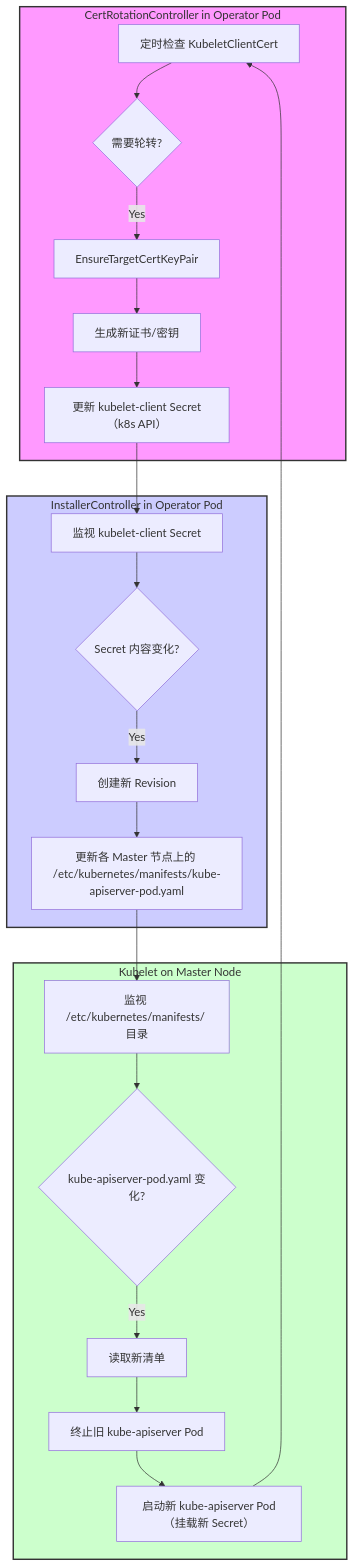
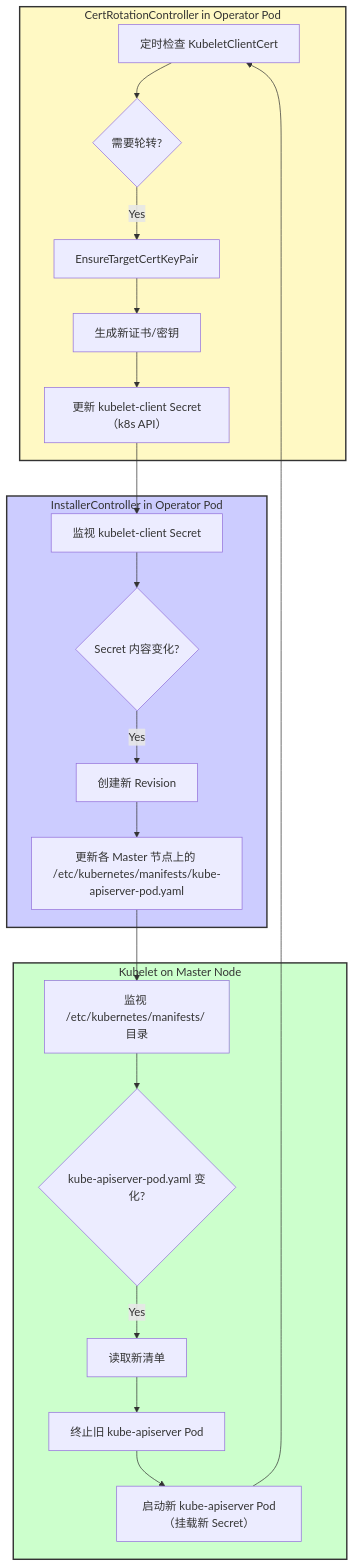
Before and after one commit to wangzheng422/cluster-kube-apiserver-operator: the diagram in wzh.doc/证书更新触发API服务器重启的流程.gemini.md, drawn with Mermaid. The commit also changed other lines of this file and 1 other file, not shown here.

````diff
--- a/wzh.doc/证书更新触发API服务器重启的流程.gemini.md
+++ b/wzh.doc/证书更新触发API服务器重启的流程.gemini.md
@@ -123,30 +123,30 @@
 ```mermaid
 flowchart TD
     subgraph CertRotationController [CertRotationController in Operator Pod]
         A[定时检查 KubeletClientCert] --> B{需要轮转?};
         B -- Yes --> C[EnsureTargetCertKeyPair];
         C --> D[生成新证书/密钥];
         D --> E[更新 kubelet-client Secret（k8s API）];
     end
 
     subgraph InstallerController [InstallerController in Operator Pod]
         F[监视 kubelet-client Secret] --> G{Secret 内容变化?};
         G -- Yes --> H[创建新 Revision];
         H --> I[更新各 Master 节点上的 /etc/kubernetes/manifests/kube-apiserver-pod.yaml];
     end
 
     subgraph Kubelet [Kubelet on Master Node]
         J[监视 /etc/kubernetes/manifests/ 目录] --> K{kube-apiserver-pod.yaml 变化?};
         K -- Yes --> L[读取新清单];
         L --> M[终止旧 kube-apiserver Pod];
         M --> N[启动新 kube-apiserver Pod（挂载新 Secret）];
     end
 
     E --> F;
     I --> J;
     N --> A;
 
-    style CertRotationController fill:#f9f,stroke:#333,stroke-width:2px;
+    style CertRotationController fill:#fff9c4,stroke:#333,stroke-width:2px;
     style InstallerController fill:#ccf,stroke:#333,stroke-width:2px;
     style Kubelet fill:#cfc,stroke:#333,stroke-width:2px;
 ```
````
